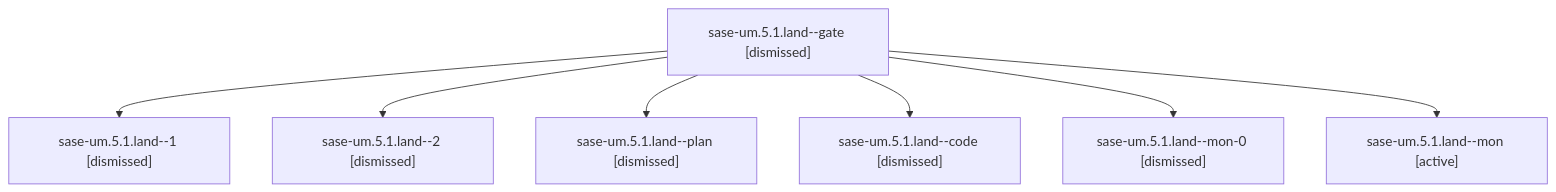
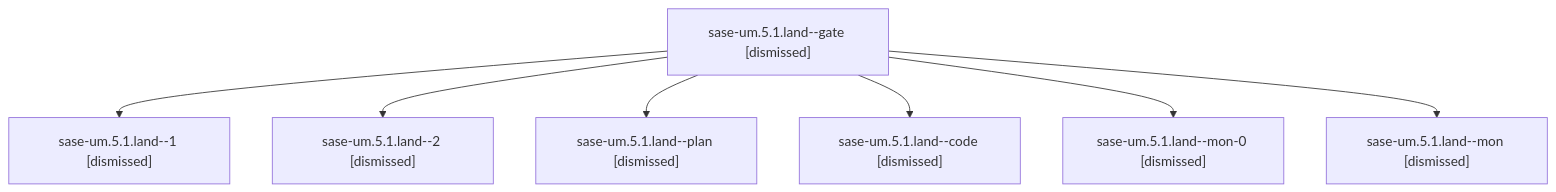
The diagram in sessions/bbugyi200.athena.sase-um.5.1.land.md (sase-org/sase--agents), drawn with Mermaid before and after one commit. The commit also changed other lines of this file and 243 other files, not shown here.

````diff
--- a/sessions/bbugyi200.athena.sase-um.5.1.land.md
+++ b/sessions/bbugyi200.athena.sase-um.5.1.land.md
@@ -9,16 +9,16 @@
 ```mermaid
 flowchart TD
   n0["sase-um.5.1.land--gate [dismissed]"]
   n1["sase-um.5.1.land--1 [dismissed]"]
   n0 --> n1
   n2["sase-um.5.1.land--2 [dismissed]"]
   n0 --> n2
   n3["sase-um.5.1.land--plan [dismissed]"]
   n0 --> n3
   n4["sase-um.5.1.land--code [dismissed]"]
   n0 --> n4
   n5["sase-um.5.1.land--mon-0 [dismissed]"]
   n0 --> n5
-  n6["sase-um.5.1.land--mon [active]"]
+  n6["sase-um.5.1.land--mon [dismissed]"]
   n0 --> n6
 ```
````
